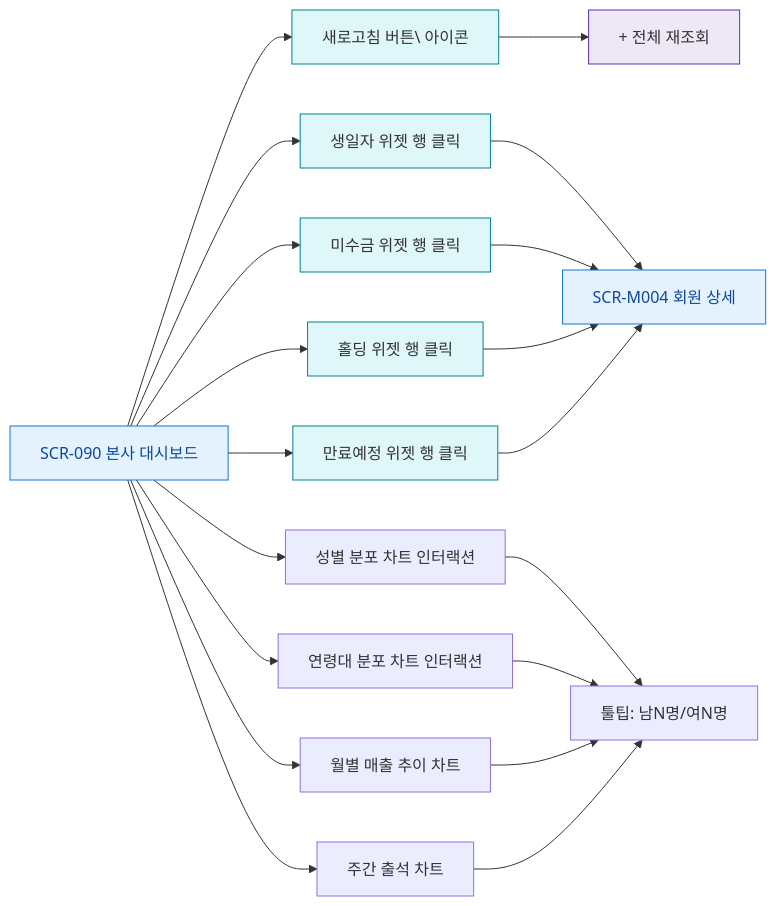
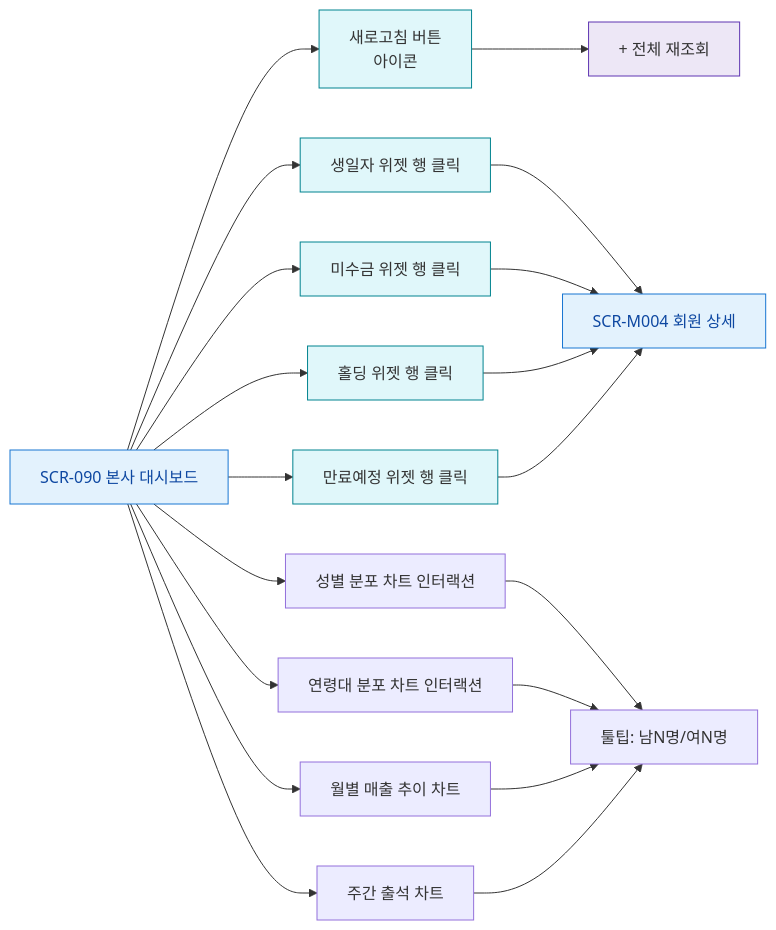
One commit to dev-spogym/admin-pando changed the diagram in docs/admin/다이어그램/D10_본사관리/SCR-090_본사대시보드/F3_버튼액션.md. Above: the diagram before and after it, drawn with Mermaid. The commit also changed 369 other files, not shown here.

````diff
--- a/docs/admin/다이어그램/D10_본사관리/SCR-090_본사대시보드/F3_버튼액션.md
+++ b/docs/admin/다이어그램/D10_본사관리/SCR-090_본사대시보드/F3_버튼액션.md
@@ -12,32 +12,32 @@
 ```mermaid
 flowchart LR
   SCR_090[SCR-090 본사 대시보드]
 
-  SCR_090 --> BTN_REFRESH[새로고침 버튼\ 아이콘]
+  SCR_090 --> BTN_REFRESH[새로고침 버튼<br/> 아이콘]
   SCR_090 --> WIDGET_BIRTHDAY[생일자 위젯 행 클릭]
   SCR_090 --> WIDGET_UNPAID[미수금 위젯 행 클릭]
   SCR_090 --> WIDGET_HOLDING[홀딩 위젯 행 클릭]
   SCR_090 --> WIDGET_EXPIRING[만료예정 위젯 행 클릭]
   SCR_090 --> CHART_GENDER[성별 분포 차트 인터랙션]
   SCR_090 --> CHART_AGE[연령대 분포 차트 인터랙션]
   SCR_090 --> CHART_MONTHLY[월별 매출 추이 차트]
   SCR_090 --> CHART_WEEKLY[주간 출석 차트]
 
   BTN_REFRESH --> ACT_SYNC[+ 전체 재조회]
   WIDGET_BIRTHDAY --> SCR_M004[SCR-M004 회원 상세]
   WIDGET_UNPAID --> SCR_M004
   WIDGET_HOLDING --> SCR_M004
   WIDGET_EXPIRING --> SCR_M004
   CHART_GENDER --> TOOLTIP[툴팁: 남N명/여N명]
   CHART_AGE --> TOOLTIP
   CHART_MONTHLY --> TOOLTIP
   CHART_WEEKLY --> TOOLTIP
 
   classDef screen fill:#E3F2FD,stroke:#1976D2,color:#0D47A1
   classDef system fill:#EDE7F6,stroke:#5E35B2
   classDef action fill:#E0F7FA,stroke:#00838F
 
   class SCR_090,SCR_M004 screen
   class ACT_SYNC system
   class BTN_REFRESH,WIDGET_BIRTHDAY,WIDGET_UNPAID,WIDGET_HOLDING,WIDGET_EXPIRING action
 ```
````
